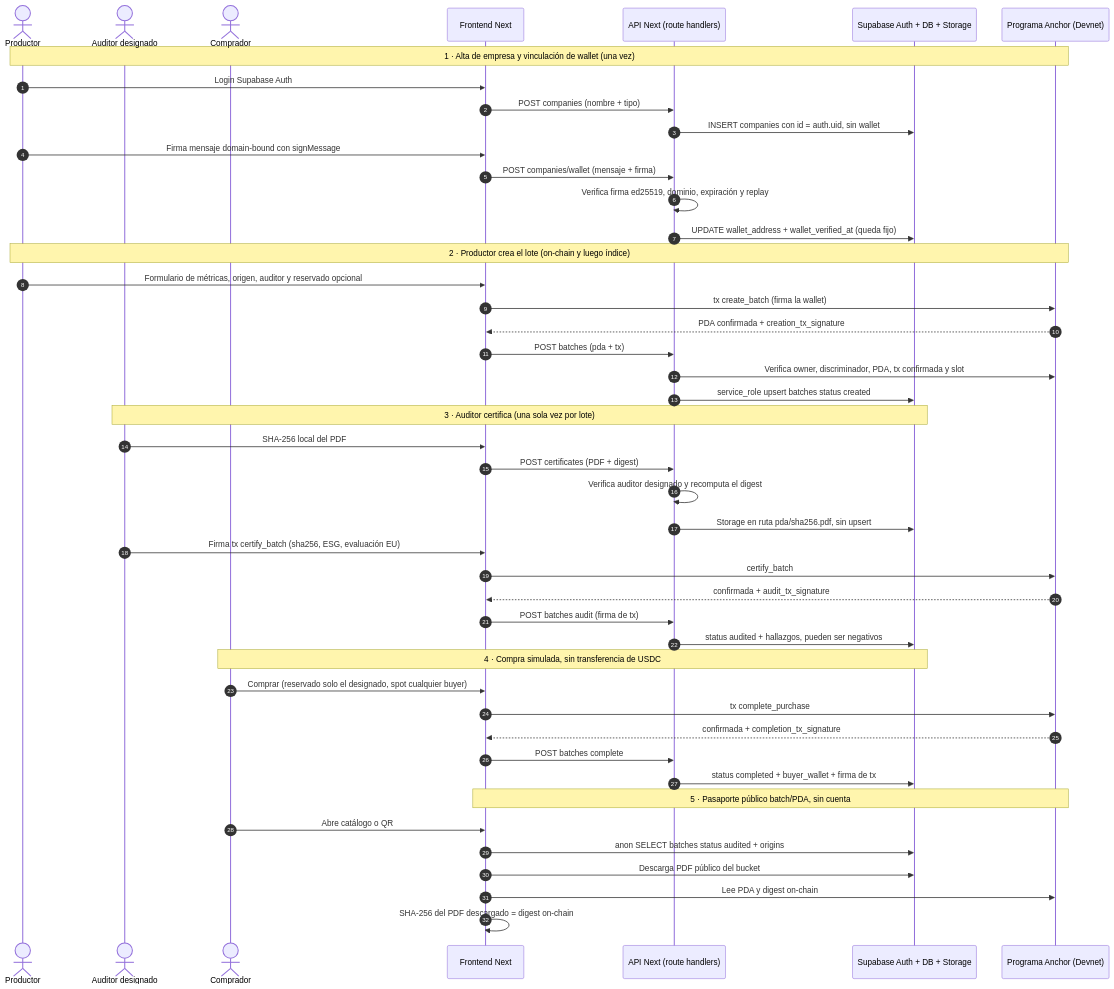
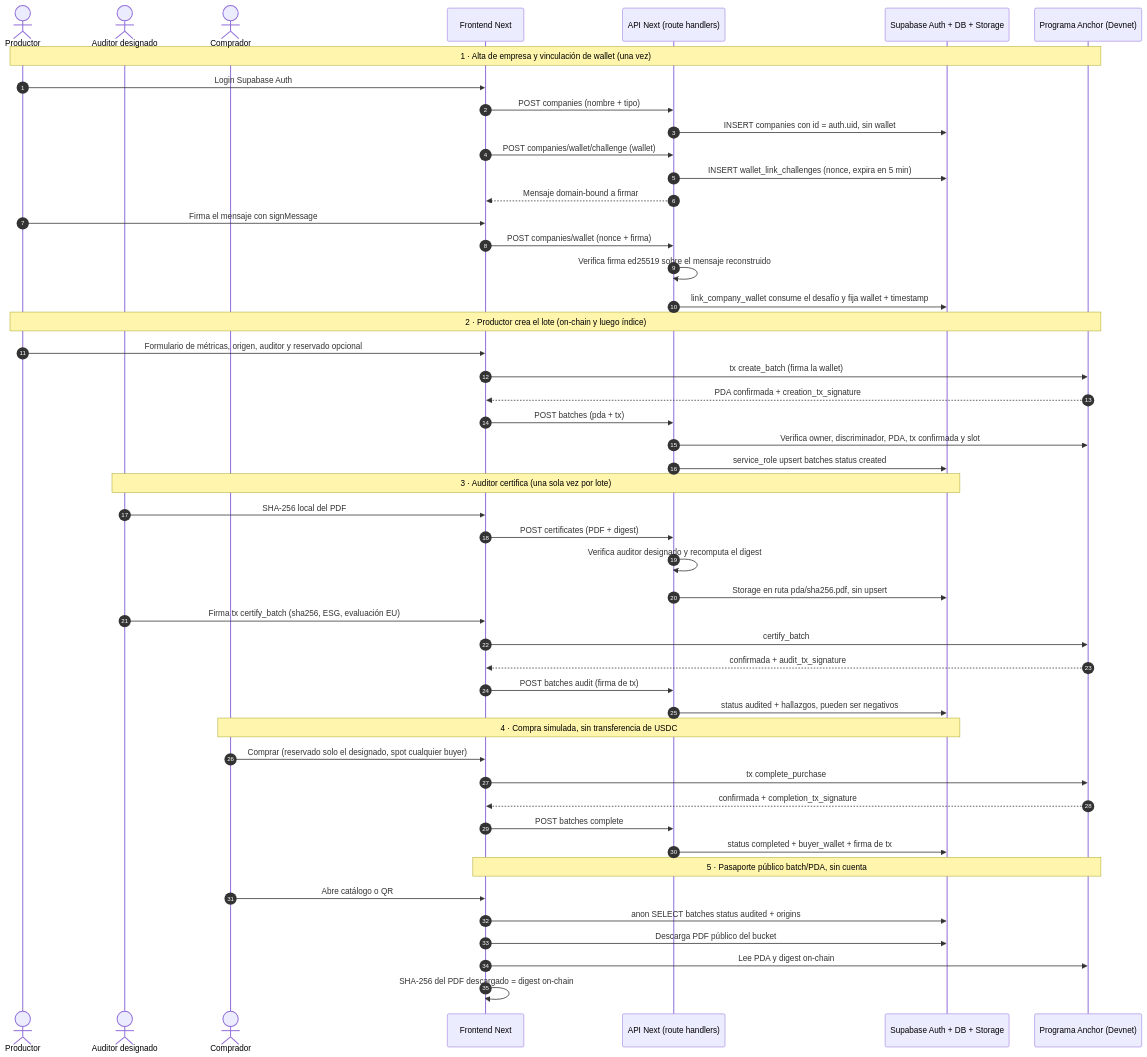
The diagram in docs/end-to-end-flow.mmd (YagLab0/julit), drawn with Mermaid before and after one commit. The commit also changed 33 other files, not shown here.

First line of the commit message:
feat: role-based sign-up and verified wallet linking

```diff
--- a/docs/end-to-end-flow.mmd
+++ b/docs/end-to-end-flow.mmd
@@ -1,54 +1,57 @@
 %% End-to-end flow: JuLit / Lithium Passport.
 %% Actors, systems and the five stages from company onboarding to public passport verification.
 %% Render: pnpm dlx @mermaid-js/mermaid-cli@12 -i docs/end-to-end-flow.mmd -o docs/end-to-end-flow.pdf
 sequenceDiagram
   autonumber
   actor PROD as Productor
   actor AUD as Auditor designado
   actor BUY as Comprador
   participant FE as Frontend Next
   participant API as API Next (route handlers)
   participant SB as Supabase Auth + DB + Storage
   participant SC as Programa Anchor (Devnet)
 
   Note over PROD,SC: 1 · Alta de empresa y vinculación de wallet (una vez)
   PROD->>FE: Login Supabase Auth
   FE->>API: POST companies (nombre + tipo)
   API->>SB: INSERT companies con id = auth.uid, sin wallet
-  PROD->>FE: Firma mensaje domain-bound con signMessage
-  FE->>API: POST companies/wallet (mensaje + firma)
-  API->>API: Verifica firma ed25519, dominio, expiración y replay
-  API->>SB: UPDATE wallet_address + wallet_verified_at (queda fijo)
+  FE->>API: POST companies/wallet/challenge (wallet)
+  API->>SB: INSERT wallet_link_challenges (nonce, expira en 5 min)
+  API-->>FE: Mensaje domain-bound a firmar
+  PROD->>FE: Firma el mensaje con signMessage
+  FE->>API: POST companies/wallet (nonce + firma)
+  API->>API: Verifica firma ed25519 sobre el mensaje reconstruido
+  API->>SB: link_company_wallet consume el desafío y fija wallet + timestamp
 
   Note over PROD,SC: 2 · Productor crea el lote (on-chain y luego índice)
   PROD->>FE: Formulario de métricas, origen, auditor y reservado opcional
   FE->>SC: tx create_batch (firma la wallet)
   SC-->>FE: PDA confirmada + creation_tx_signature
   FE->>API: POST batches (pda + tx)
   API->>SC: Verifica owner, discriminador, PDA, tx confirmada y slot
   API->>SB: service_role upsert batches status created
 
   Note over AUD,SB: 3 · Auditor certifica (una sola vez por lote)
   AUD->>FE: SHA-256 local del PDF
   FE->>API: POST certificates (PDF + digest)
   API->>API: Verifica auditor designado y recomputa el digest
   API->>SB: Storage en ruta pda/sha256.pdf, sin upsert
   AUD->>FE: Firma tx certify_batch (sha256, ESG, evaluación EU)
   FE->>SC: certify_batch
   SC-->>FE: confirmada + audit_tx_signature
   FE->>API: POST batches audit (firma de tx)
   API->>SB: status audited + hallazgos, pueden ser negativos
 
   Note over BUY,SB: 4 · Compra simulada, sin transferencia de USDC
   BUY->>FE: Comprar (reservado solo el designado, spot cualquier buyer)
   FE->>SC: tx complete_purchase
   SC-->>FE: confirmada + completion_tx_signature
   FE->>API: POST batches complete
   API->>SB: status completed + buyer_wallet + firma de tx
 
   Note over FE,SC: 5 · Pasaporte público batch/PDA, sin cuenta
   BUY->>FE: Abre catálogo o QR
   FE->>SB: anon SELECT batches status audited + origins
   FE->>SB: Descarga PDF público del bucket
   FE->>SC: Lee PDA y digest on-chain
   FE->>FE: SHA-256 del PDF descargado = digest on-chain
```
